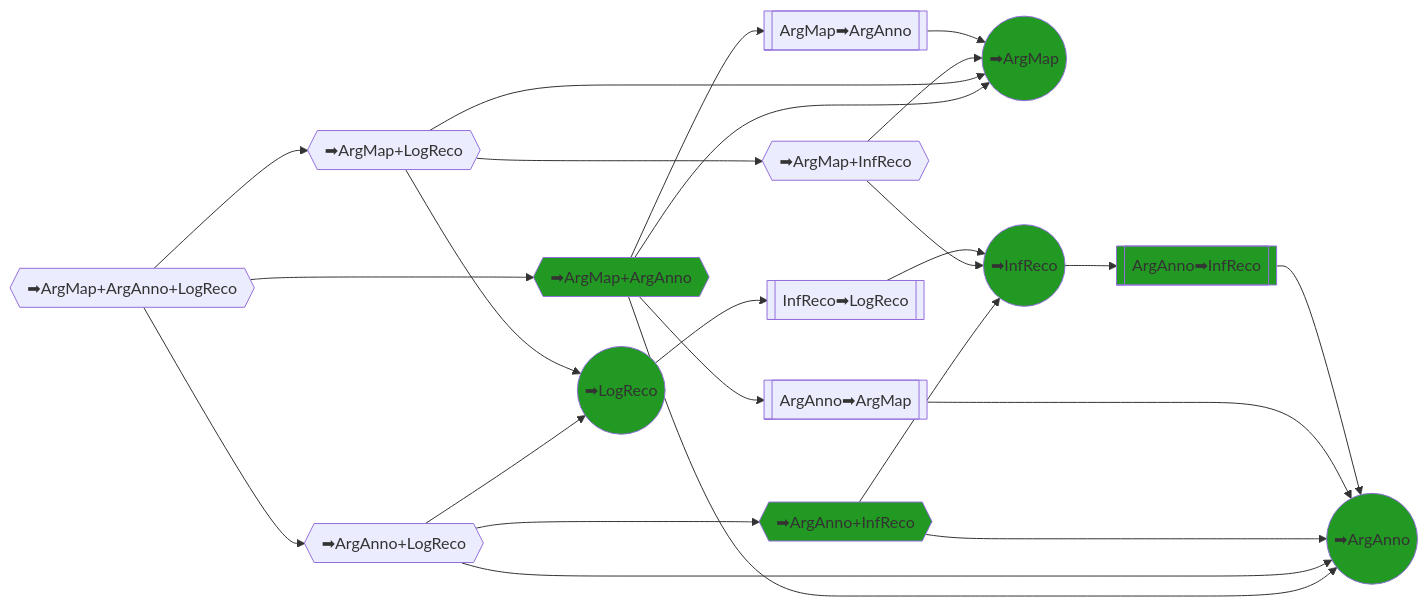
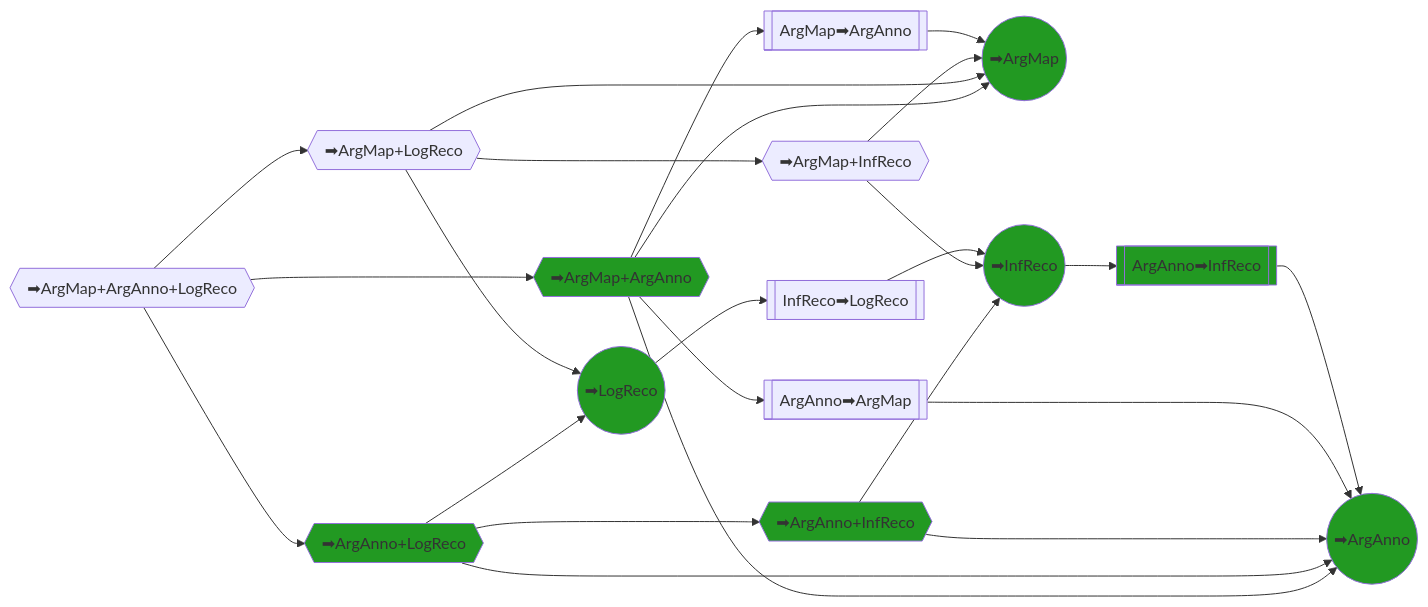
Before and after one commit to debatelab/argdown-feedback: the third of 3 diagrams in README.md, drawn with Mermaid. The commit also changed 7 other files, not shown here.

````diff
--- a/README.md
+++ b/README.md
@@ -53,54 +53,54 @@
 ```mermaid
 flowchart LR
 
 %%Top comprehensive tasks%%
 
 
 T1{{➡ArgMap+ArgAnno+LogReco}}
 
 T2{{➡ArgMap+ArgAnno}}
 T3{{➡ArgAnno+LogReco}}
 T4{{➡ArgMap+LogReco}}
 T9{{➡ArgAnno+InfReco}}
 T10{{➡ArgMap+InfReco}}
 
 T5((➡ArgMap))
 T6((➡ArgAnno))
 T7((➡LogReco))
 T8((➡InfReco))
 
 T1 --> T2 
 T1 --> T3 --> T9
 T1 --> T4 --> T10
 
 T2 --> T5
 T2 --> T6
 T3 --> T6
 T3 --> T7
 T4 --> T5
 T4 --> T7
 T9 --> T6
 T9 --> T8
 T10 --> T5
 T10 --> T8
 
 SE1[[ArgAnno➡ArgMap]]
 T2 --> SE1 --> T6
 
 SE2[[ArgMap➡ArgAnno]]
 T2 --> SE2 --> T5
 
 %%Logical reconstruction exercises%%
 
 SE3[[ArgAnno➡InfReco]]
 T8 --> SE3 --> T6
 
 
 SE4[[InfReco➡LogReco]]
 T7 --> SE4 --> T8
 
 classDef Completed fill:#292;
-class T2,T5,T6,T7,T8,T9,SE3 Completed;
+class T2,T3,T5,T6,T7,T8,T9,SE3 Completed;
 
 
 ```
````
